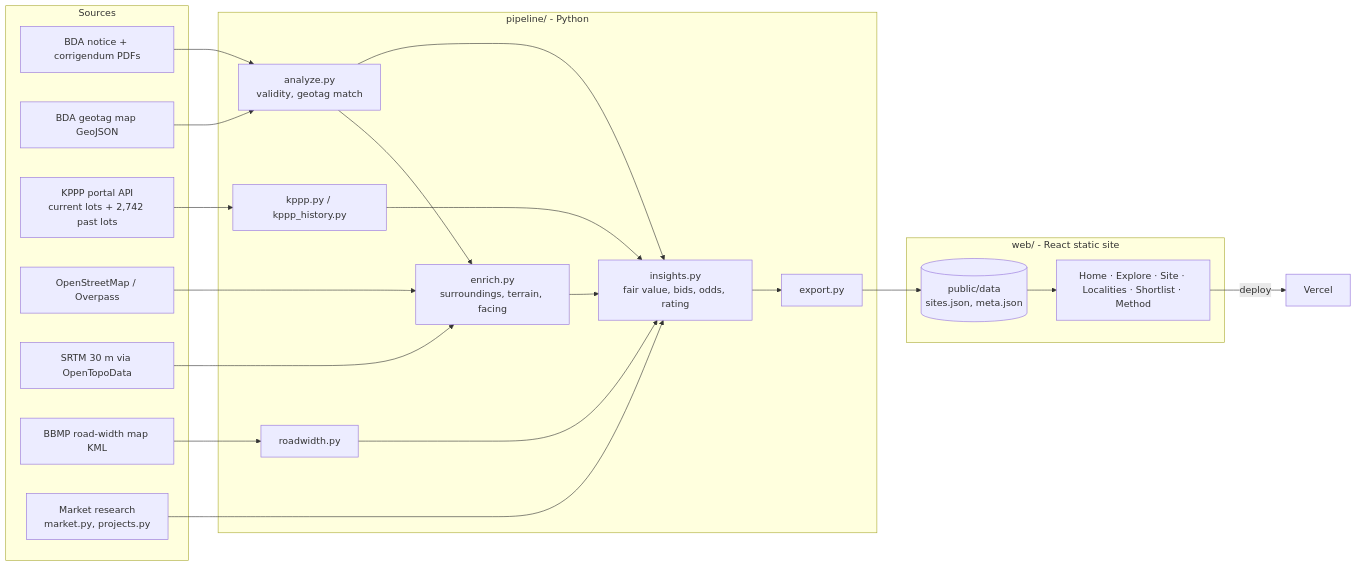
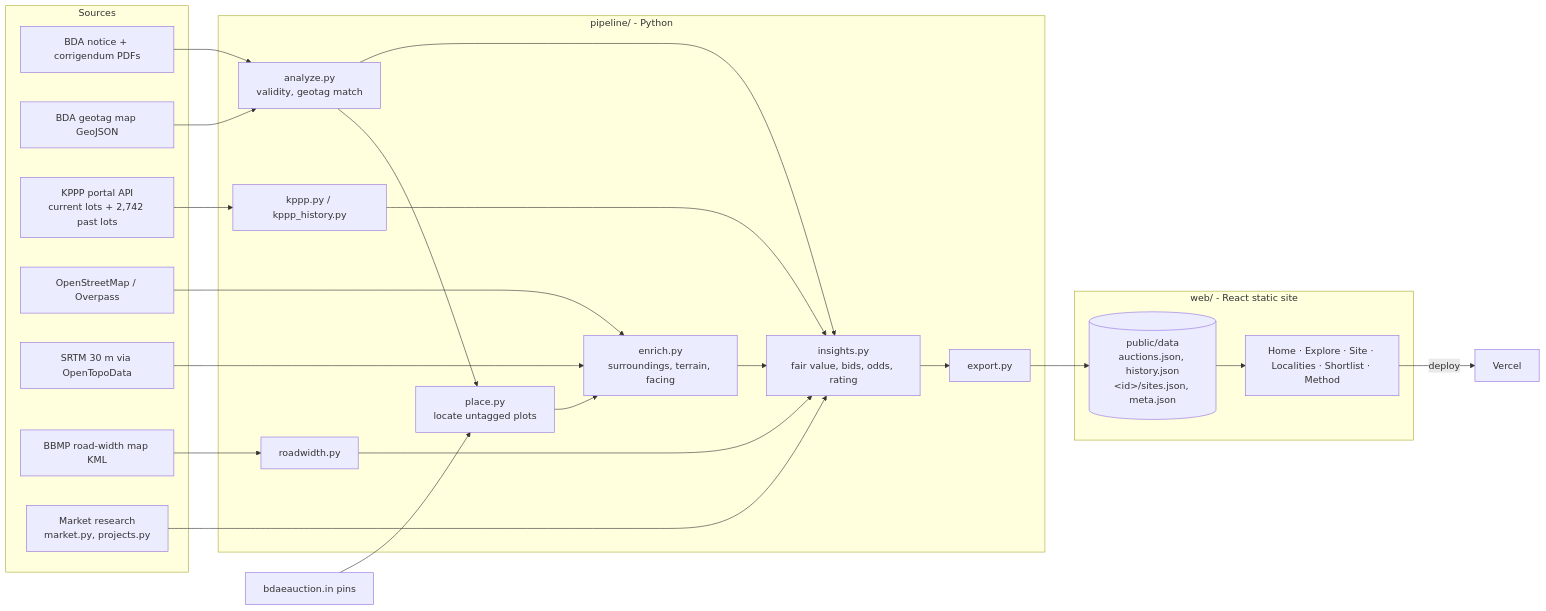
The diagram in ARCHITECTURE.md (i-am-epic/bda-auction-desk), drawn with Mermaid before and after one commit. The commit also changed other lines of this file and 31 other files, not shown here.

````diff
--- a/ARCHITECTURE.md
+++ b/ARCHITECTURE.md
@@ -3,34 +3,36 @@
 ```mermaid
 flowchart LR
   subgraph Sources
     N[BDA notice + corrigendum PDFs]
     G[BDA geotag map GeoJSON]
     K[KPPP portal API<br/>current lots + 2,742 past lots]
     O[OpenStreetMap / Overpass]
     T[SRTM 30 m via OpenTopoData]
     R[BBMP road-width map KML]
     M[Market research<br/>market.py, projects.py]
   end
   subgraph pipeline [pipeline/ - Python]
     A[analyze.py<br/>validity, geotag match]
+    PL[place.py<br/>locate untagged plots]
     KP[kppp.py / kppp_history.py]
     E[enrich.py<br/>surroundings, terrain, facing]
     RW[roadwidth.py]
     I[insights.py<br/>fair value, bids, odds, rating]
     X[export.py]
   end
   subgraph web [web/ - React static site]
-    D[(public/data<br/>sites.json, meta.json)]
+    D[(public/data<br/>auctions.json, history.json<br/>&lt;id&gt;/sites.json, meta.json)]
     UI[Home · Explore · Site · Localities · Shortlist · Method]
   end
   N --> A
   G --> A
   K --> KP --> I
-  A --> E --> I
+  A --> PL --> E --> I
+  P[bdaeauction.in pins] --> PL
   O --> E
   T --> E
   R --> RW --> I
   M --> I
   A --> I --> X --> D --> UI
   UI -->|deploy| V[Vercel]
 ```
````
